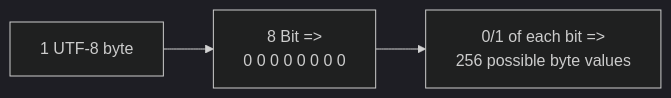
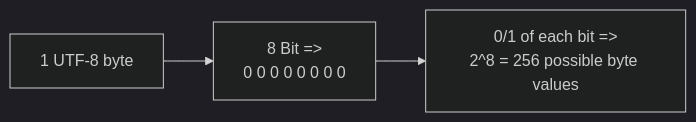
The third of 3 diagrams in README.md (ChrisZhu2050/chriszhu2050.github.io), drawn with Mermaid (dark theme) before and after one commit.

````diff
--- a/README.md
+++ b/README.md
@@ -60,6 +60,6 @@
         ```mermaid
           graph LR
               A["`1 UTF-8 byte`"] --> B["8 Bit => 
-              0 0 0 0 0 0 0 0 "] --> C[0/1 of each bit =>
-              256 possible byte values]
+              0 0 0 0 0 0 0 0 "] --> C["`0/1 of each bit =>
+              2^8 = 256 possible byte values`"]
         ```
````
